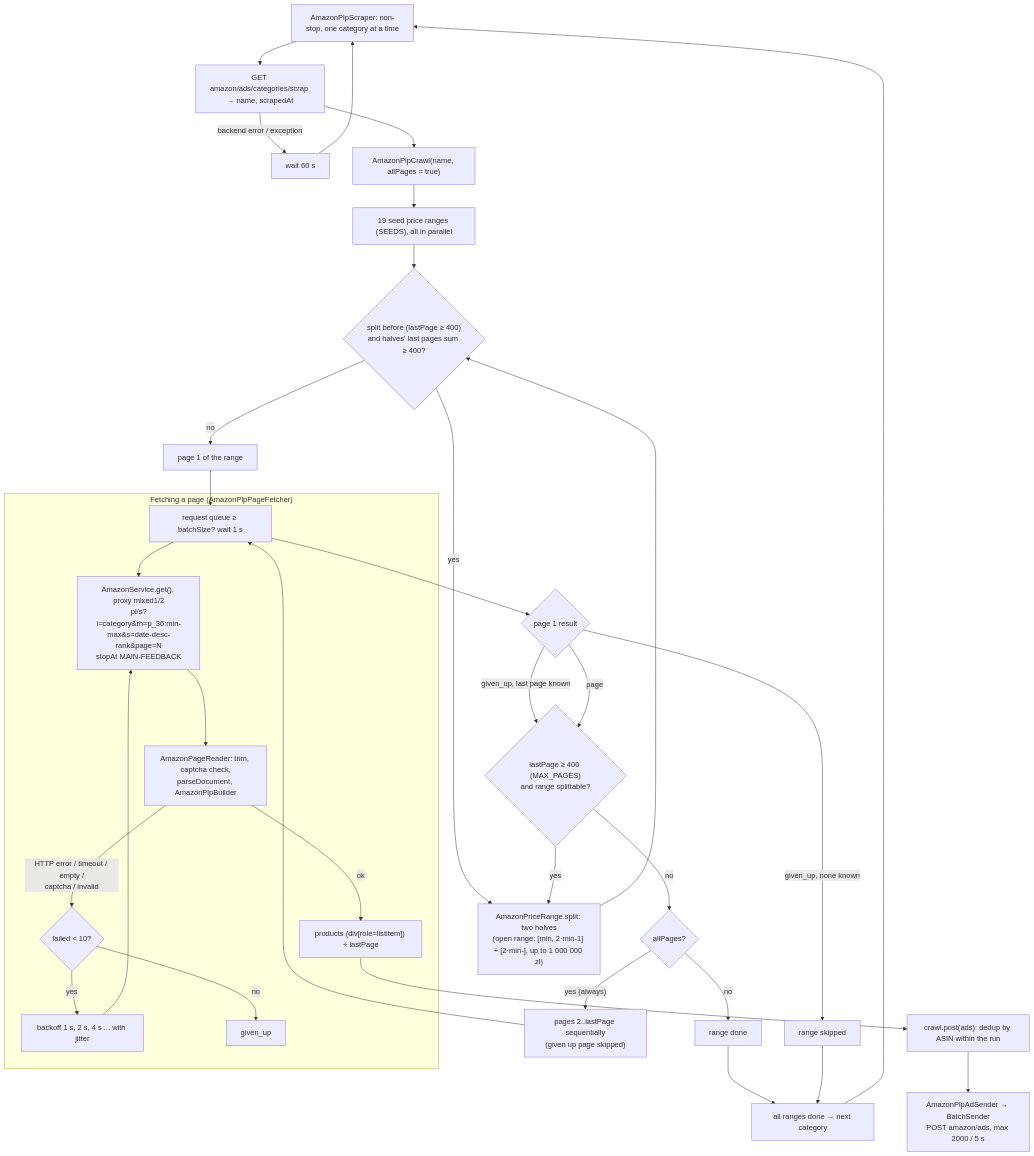
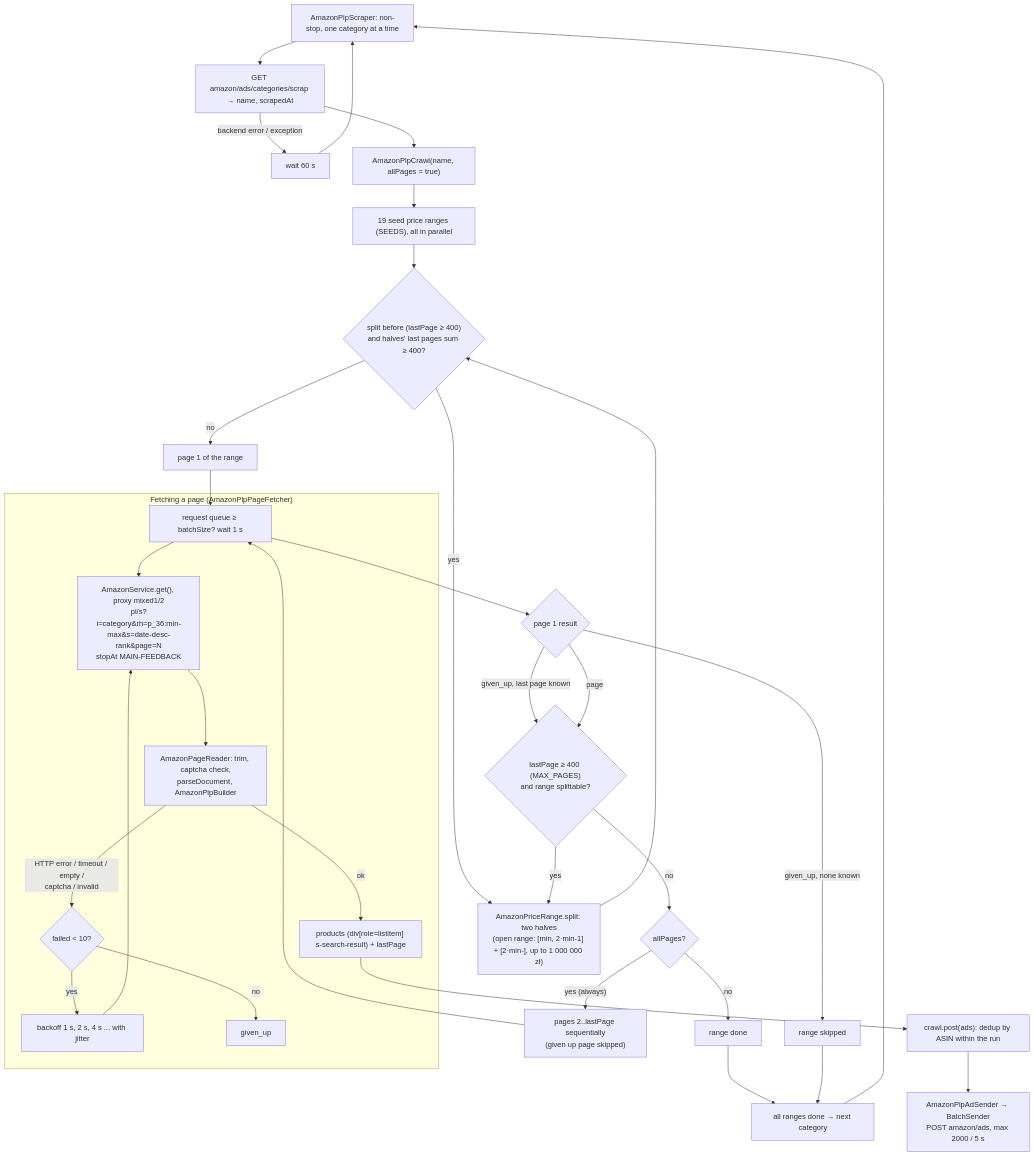
One commit to kdembski/amazon-scraper changed the diagram in .claude/rules/amazon/plp.md. Above: the diagram before and after it, drawn with Mermaid. The commit also changed other lines of this file and 3 other files, not shown here.

Commit message:
Skip PLP pages redirected to all departments, read only search result items

````diff
--- a/.claude/rules/amazon/plp.md
+++ b/.claude/rules/amazon/plp.md
@@ -18,35 +18,35 @@
 ```mermaid
 flowchart TD
   loop["AmazonPlpScraper: non-stop, one category at a time"] --> cat["GET amazon/ads/categories/scrap → name, scrapedAt"]
   cat -- "backend error / exception" --> wait["wait 60 s"] --> loop
   cat --> crawl["AmazonPlpCrawl(name, allPages = true)"]
   crawl --> seeds["19 seed price ranges (SEEDS), all in parallel"]
 
   seeds --> known{"split before (lastPage ≥ 400)<br/>and halves' last pages sum ≥ 400?"}
   known -- "yes" --> halves
   known -- "no" --> page1["page 1 of the range"]
   page1 --> fetch
   fetch --> p1res{"page 1 result"}
   p1res -- "given_up, last page known" --> split
   p1res -- "given_up, none known" --> skipRange["range skipped"]
   p1res -- "page" --> split{"lastPage ≥ 400 (MAX_PAGES)<br/>and range splittable?"}
   split -- "yes" --> halves["AmazonPriceRange.split: two halves<br/>(open range: [min, 2·min-1] + [2·min-], up to 1 000 000 zł)"]
   halves --> known
   split -- "no" --> all{"allPages?"}
   all -- "no" --> rangeDone["range done"]
   all -- "yes (always)" --> pages["pages 2..lastPage sequentially<br/>(given up page skipped)"]
   pages --> fetch
 
   subgraph fetcher ["Fetching a page (AmazonPlpPageFetcher)"]
     fetch["request queue ≥ batchSize? wait 1 s"] --> req["AmazonService.get(), proxy mixed1/2<br/>pl/s?i=category&rh=p_36:min-max&s=date-desc-rank&page=N<br/>stopAt MAIN-FEEDBACK"]
     req --> reader["AmazonPageReader: trim, captcha check,<br/>parseDocument, AmazonPlpBuilder"]
     reader -- "HTTP error / timeout / empty /<br/>captcha / invalid" --> retry{"failed < 10?"}
     retry -- yes --> backoff["backoff 1 s, 2 s, 4 s ... with jitter"] --> req
     retry -- no --> givenup["given_up"]
-    reader -- "ok" --> page["products (div[role=listitem]) + lastPage"]
+    reader -- "ok" --> page["products (div[role=listitem] s-search-result) + lastPage"]
   end
 
   page --> post["crawl.post(ads): dedup by ASIN within the run"]
   post --> sender["AmazonPlpAdSender → BatchSender<br/>POST amazon/ads, max 2000 / 5 s"]
   rangeDone & skipRange --> catDone["all ranges done → next category"] --> loop
 ```
````
